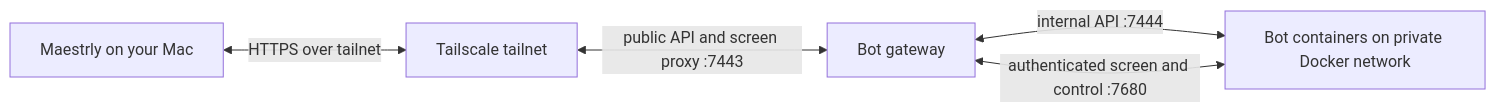
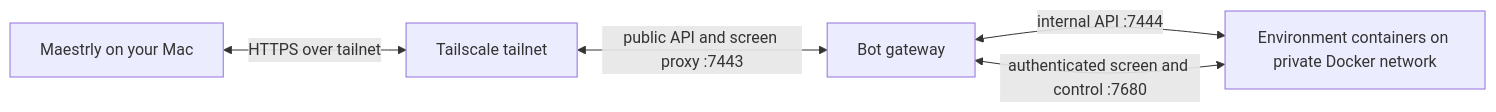
The diagram in docs/bot-fleet.md (antonioducs/maestrly-app), drawn with Mermaid before and after one commit. The commit also changed other lines of this file and 3 other files, not shown here.

Commit message:
docs: describe bot environments

````diff
--- a/docs/bot-fleet.md
+++ b/docs/bot-fleet.md
@@ -7,7 +7,7 @@
 ```mermaid
 flowchart LR
   Mac[Maestrly on your Mac] <-->|HTTPS over tailnet| Tailnet[Tailscale tailnet]
   Tailnet <-->|public API and screen proxy :7443| Gateway[Bot gateway]
-  Gateway <-->|internal API :7444| Bots[Bot containers on private Docker network]
-  Bots <-->|authenticated screen and control :7680| Gateway
+  Gateway <-->|internal API :7444| Environments[Environment containers on private Docker network]
+  Environments <-->|authenticated screen and control :7680| Gateway
 ```
````
